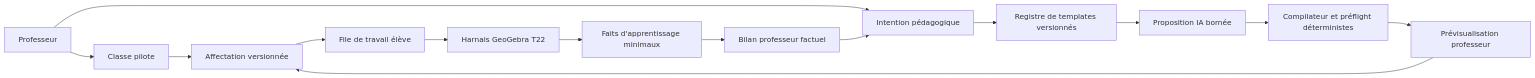
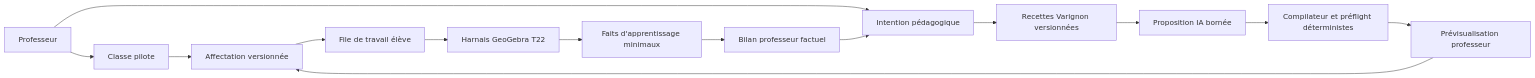
The diagram in docs/POST_HARNESS_PRODUCT_PLAN.md (VincentNinIA/Compass), drawn with Mermaid before and after one commit. The commit also changed other lines of this file and 41 other files, not shown here.

````diff
--- a/docs/POST_HARNESS_PRODUCT_PLAN.md
+++ b/docs/POST_HARNESS_PRODUCT_PLAN.md
@@ -100,16 +99,16 @@
 ```mermaid
 flowchart LR
     Teacher["Professeur"] --> Class["Classe pilote"]
     Teacher --> Intent["Intention pédagogique"]
-    Intent --> Registry["Registre de templates versionnés"]
+    Intent --> Registry["Recettes Varignon versionnées"]
     Registry --> Draft["Proposition IA bornée"]
     Draft --> Compiler["Compilateur et préflight déterministes"]
     Compiler --> Preview["Prévisualisation professeur"]
     Preview --> Assignment["Affectation versionnée"]
     Class --> Assignment
     Assignment --> Queue["File de travail élève"]
     Queue --> Harness["Harnais GeoGebra T22"]
     Harness --> Evidence["Faits d'apprentissage minimaux"]
     Evidence --> Report["Bilan professeur factuel"]
     Report --> Intent
 ```
````
